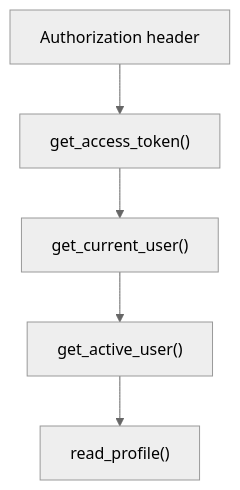
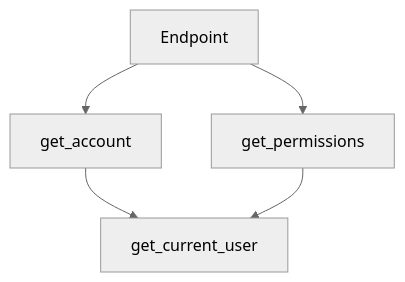
Before and after one commit to AvadhBhalodiya/Interview-Preparation: the fourth of 11 diagrams in src/content/fastapi/dependency-injection-depends.md, drawn with Mermaid (neutral theme). The commit also changed other lines of this file and 80 other files, not shown here.

````diff
--- a/src/content/fastapi/dependency-injection-depends.md
+++ b/src/content/fastapi/dependency-injection-depends.md
@@ -429,7 +263,7 @@
 ```mermaid
 flowchart TD
-    A[Authorization header] --> B["get_access_token()"]
-    B --> C["get_current_user()"]
-    C --> D["get_active_user()"]
-    D --> E["read_profile()"]
+    A[Endpoint] --> B[get_account]
+    A --> C[get_permissions]
+    B --> D[get_current_user]
+    C --> D
 ```
````
